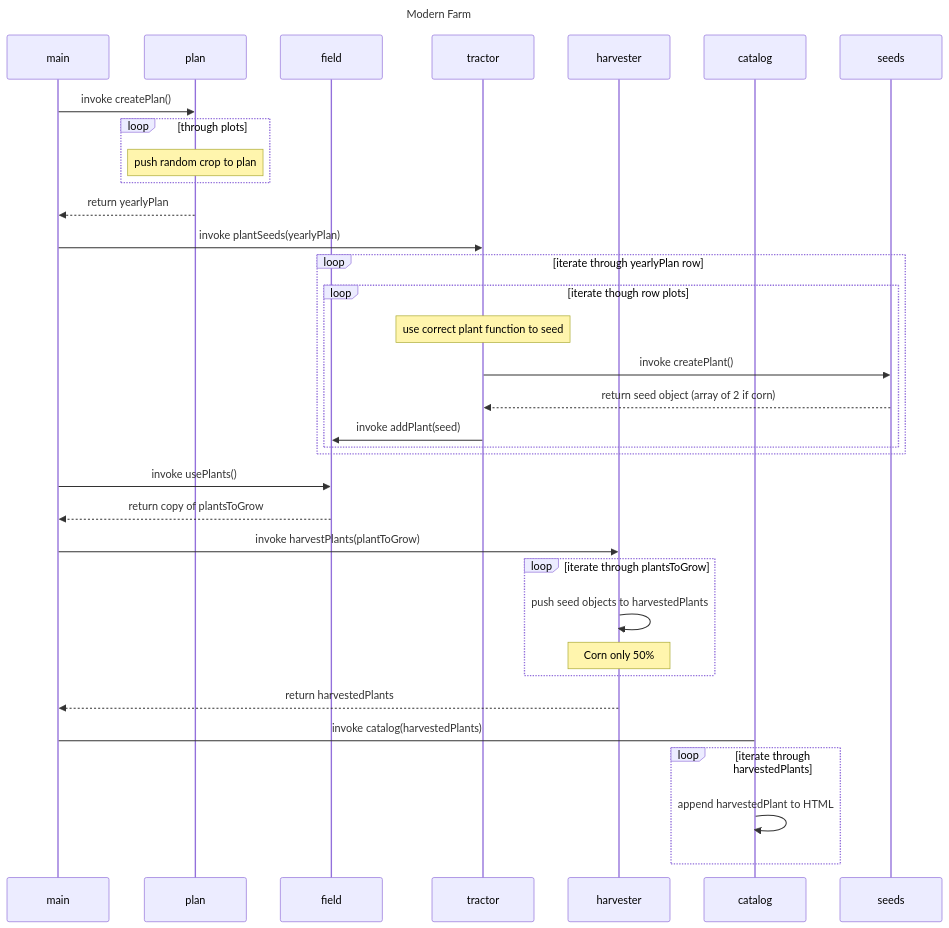
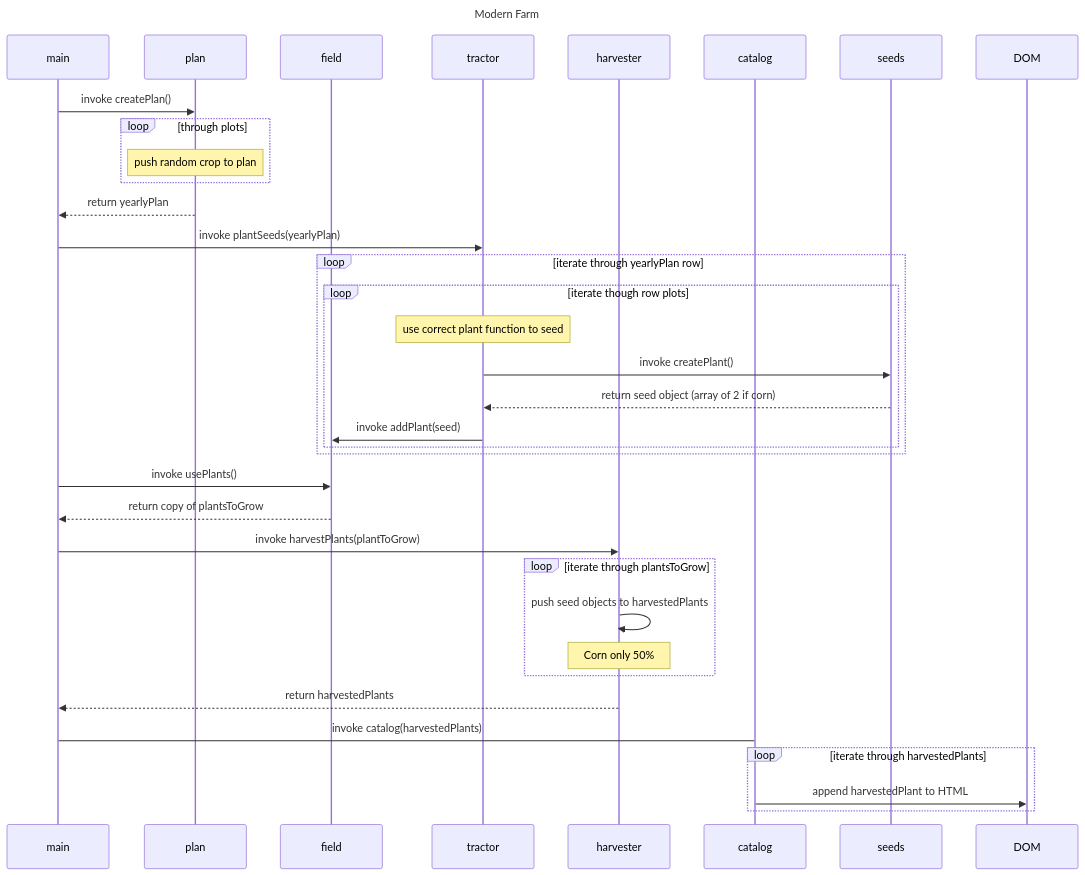
The diagram in sequence.md (NSS-Day-Cohort-79/Modern-Farm-client-wcyuwl), drawn with Mermaid before and after one commit.

Commit message:
added DOM to sequence chart

````diff
--- a/sequence.md
+++ b/sequence.md
@@ -1,41 +1,41 @@
 ```mermaid
 sequenceDiagram
 
 title Modern Farm
 
 participant main
 participant plan
 participant field
 participant tractor
 participant harvester
 participant catalog
 
 participant seeds
 
 main->>plan:invoke createPlan()
 loop through plots
 note over plan:push random crop to plan
 end
 plan-->>main:return yearlyPlan
 main->>tractor:invoke plantSeeds(yearlyPlan)
 loop iterate through yearlyPlan row
 loop iterate though row plots
 note over tractor:use correct plant function to seed
 tractor->>seeds:invoke createPlant()
 seeds-->>tractor:return seed object (array of 2 if corn)
 tractor->>field:invoke addPlant(seed)
 end
 end
 main->>field:invoke usePlants()
 field-->>main:return copy of plantsToGrow
 main->>harvester:invoke harvestPlants(plantToGrow)
 loop iterate through plantsToGrow
 harvester->>harvester:push seed objects to harvestedPlants
 note over harvester:Corn only 50%
 end
 harvester-->>main:return harvestedPlants
 main->catalog:invoke catalog(harvestedPlants)
 loop iterate through harvestedPlants
-catalog->>catalog:append harvestedPlant to HTML
+catalog->>DOM:append harvestedPlant to HTML
 end
 ```
````
